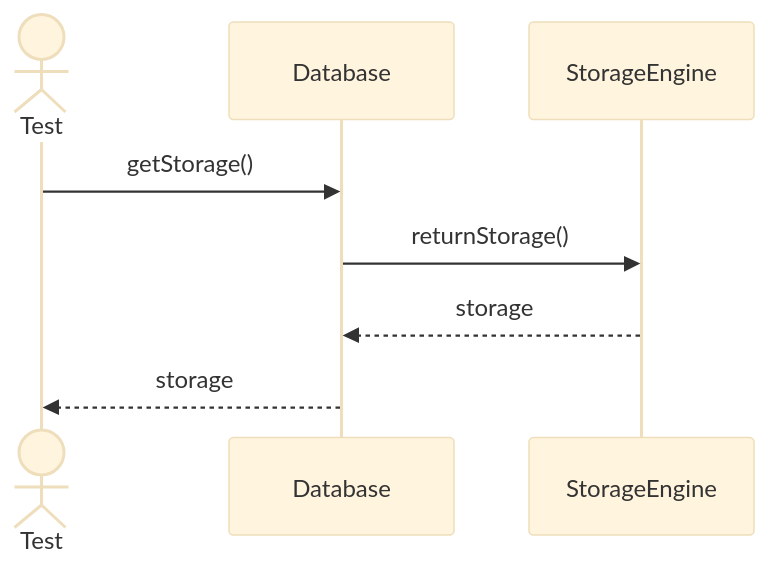
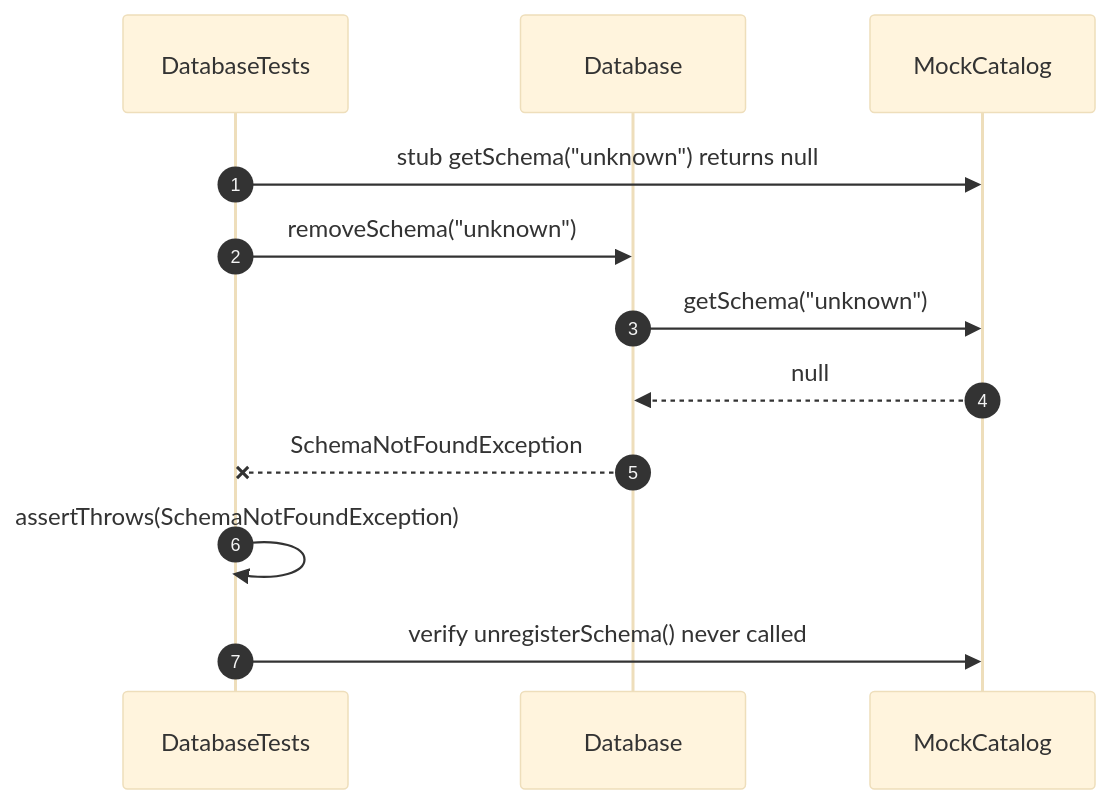
Before and after one commit to FhuAnn/-bbv-AN-s-DBMS: diagram 11 of 25 in src/tests/unit/database/sequences/database-testing.se.md, drawn with Mermaid (base theme). The commit also changed other lines of this file and 28 other files, not shown here.

Commit message:
edit db sequence, dbtest

````diff
--- a/src/tests/unit/database/sequences/database-testing.se.md
+++ b/src/tests/unit/database/sequences/database-testing.se.md
@@ -171,11 +262,19 @@
 ```mermaid
 sequenceDiagram
-actor Test
-participant Database
-participant StorageEngine
+    autonumber
 
-Test->>Database: getStorage()
-Database->>StorageEngine: returnStorage()
-StorageEngine-->>Database: storage
-Database-->>Test: storage
+    participant Test as DatabaseTests
+    participant Database
+    participant Catalog as MockCatalog
+
+    Test->>Catalog: stub getSchema("unknown") returns null
+    Test->>Database: removeSchema("unknown")
+
+    Database->>Catalog: getSchema("unknown")
+    Catalog-->>Database: null
+
+    Database--xTest: SchemaNotFoundException
+
+    Test->>Test: assertThrows(SchemaNotFoundException)
+    Test->>Catalog: verify unregisterSchema() never called
 ```
````
